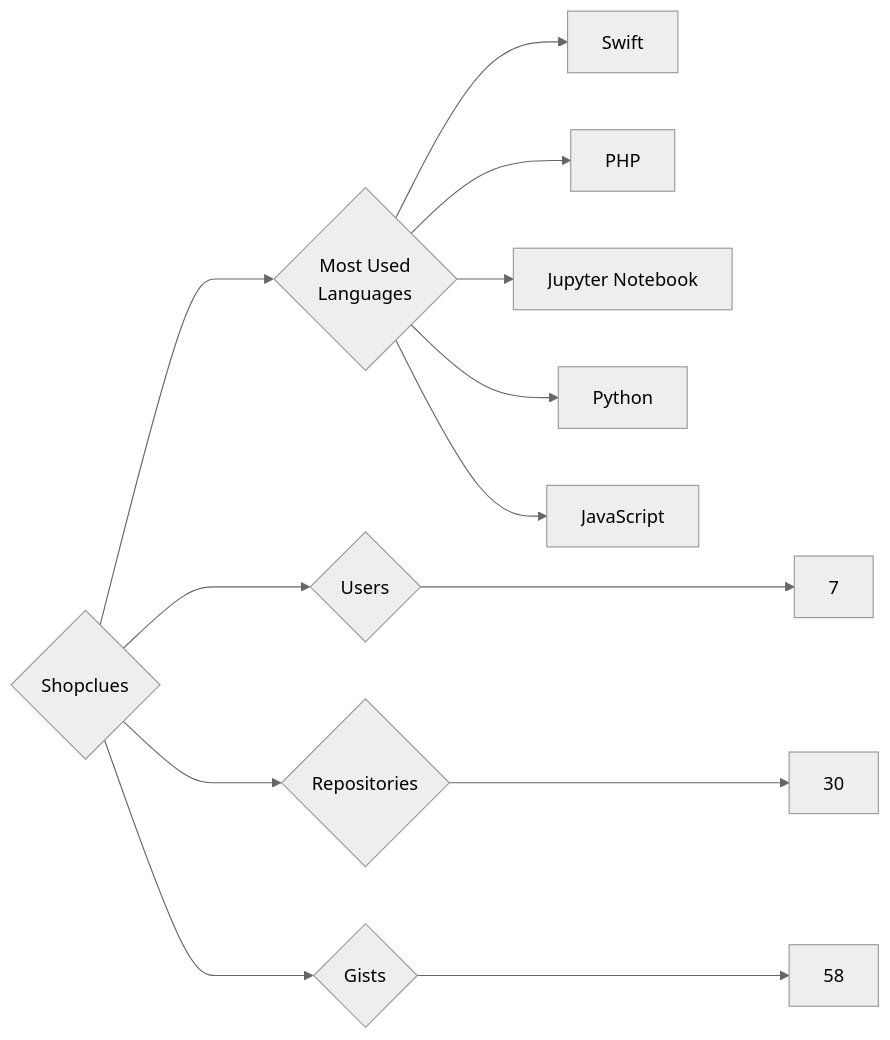
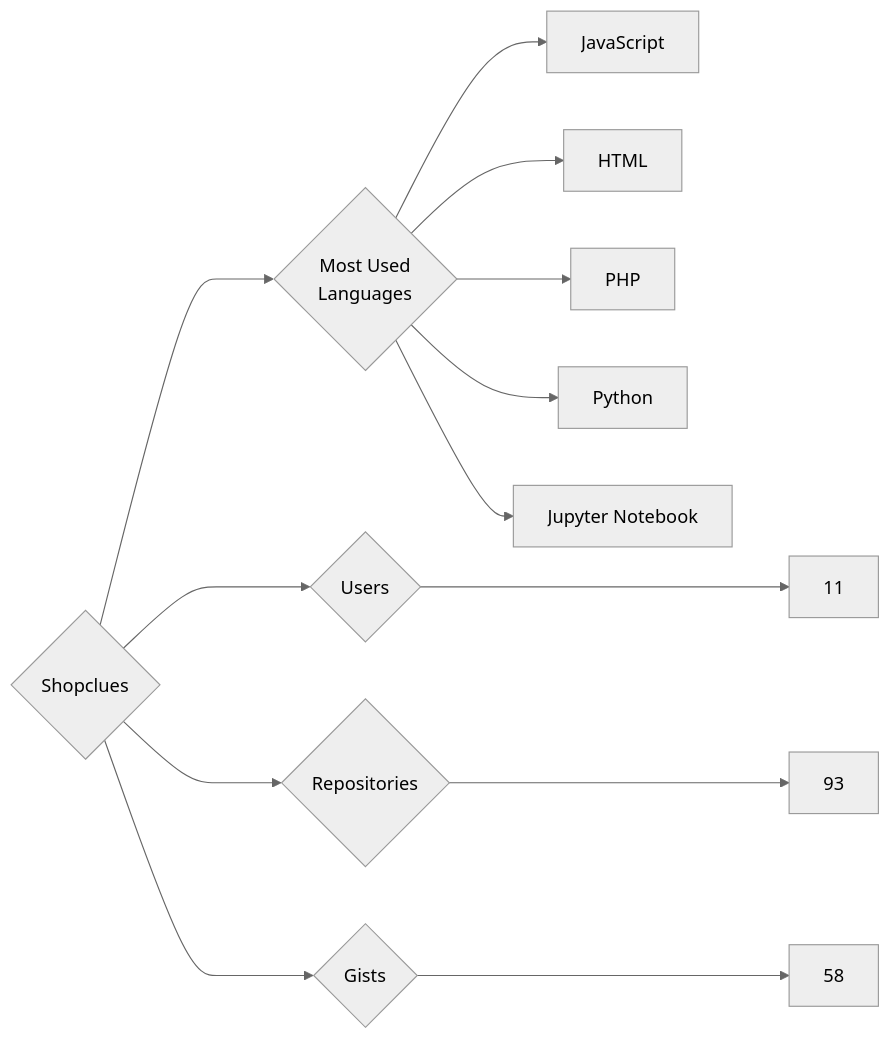
Before and after one commit to trickest/insiders: the diagram in targets/Shopclues/README.md, drawn with Mermaid (neutral theme). The commit also changed 823 other files, not shown here.

````diff
--- a/targets/Shopclues/README.md
+++ b/targets/Shopclues/README.md
@@ -3,13 +3,13 @@
 ```mermaid
 graph LR
 COMPANY_NAME{Shopclues}
-COMPANY_NAME ---> U{Users} ---> UN[7]
-COMPANY_NAME ---> R{Repositories} ---> RN[30]
+COMPANY_NAME ---> U{Users} ---> UN[11]
+COMPANY_NAME ---> R{Repositories} ---> RN[93]
 COMPANY_NAME ---> G{Gists} ---> GN[58]
 COMPANY_NAME ---> ML{Most Used<br>Languages}
-ML --> Swift[Swift]
+ML --> JavaScript[JavaScript]
+ML --> HTML[HTML]
 ML --> PHP[PHP]
+ML --> Python[Python]
 ML --> Jupyter_Notebook[Jupyter Notebook]
-ML --> Python[Python]
-ML --> JavaScript[JavaScript]
 ```
````
